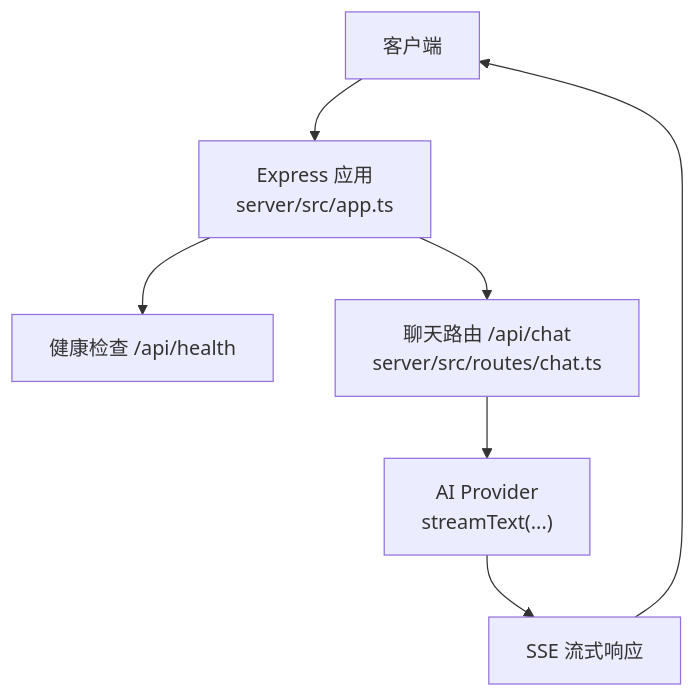
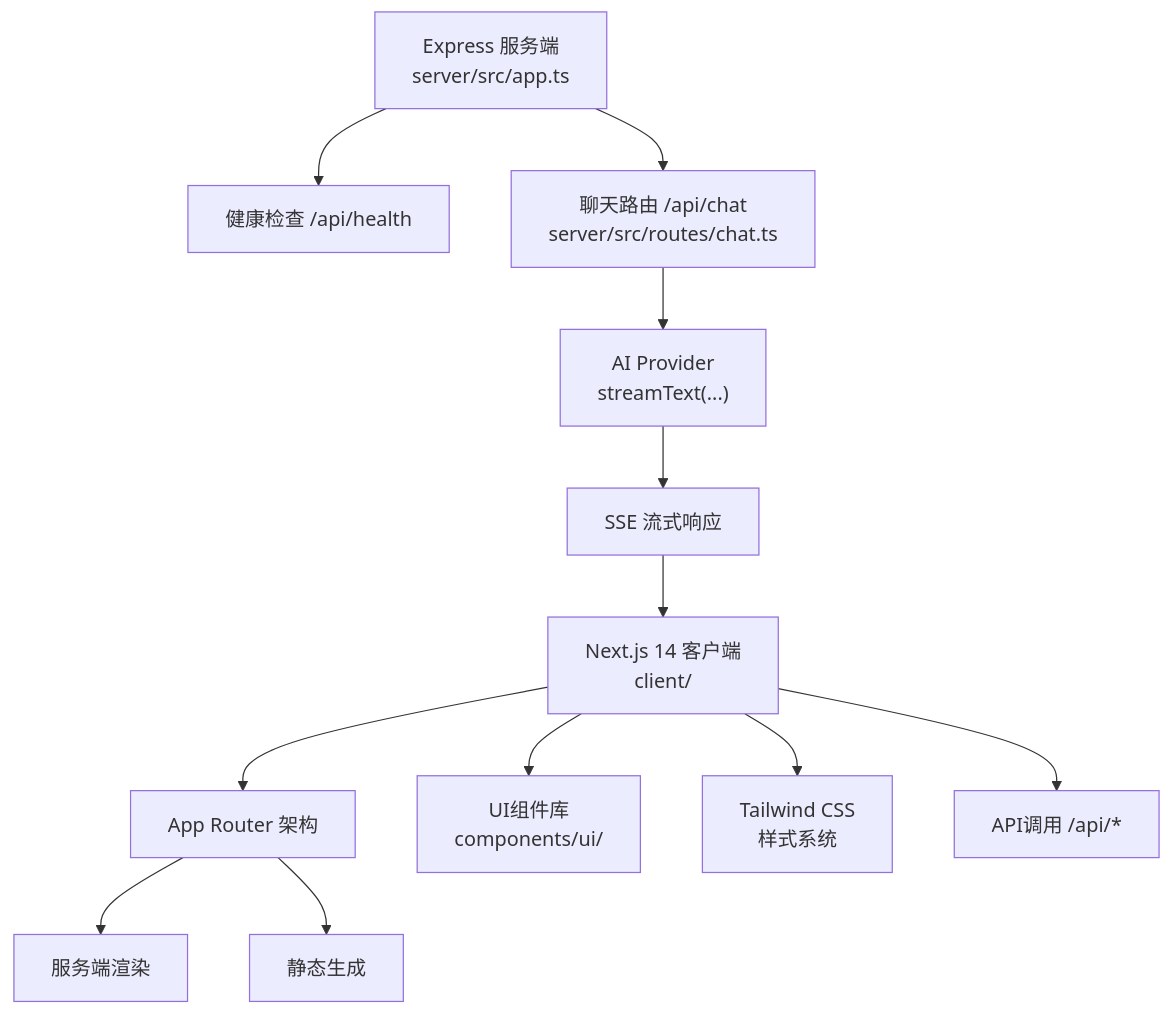
Before and after one commit to aHin0805/FH6CarSettingAgent: the second of 7 diagrams in .qoder/repowiki/zh/content/开发指南.md, drawn with Mermaid. The commit also changed other lines of this file and 12 other files, not shown here.

````diff
--- a/.qoder/repowiki/zh/content/开发指南.md
+++ b/.qoder/repowiki/zh/content/开发指南.md
@@ -94,9 +120,14 @@
 ```mermaid
 graph TB
-Client["客户端"] --> ExpressApp["Express 应用<br/>server/src/app.ts"]
-ExpressApp --> Health["健康检查 /api/health"]
-ExpressApp --> ChatRoute["聊天路由 /api/chat<br/>server/src/routes/chat.ts"]
+Client["Next.js 14 客户端<br/>client/"] --> AppRouter["App Router 架构"]
+AppRouter --> SSR["服务端渲染"]
+AppRouter --> StaticGen["静态生成"]
+Client --> UIComponents["UI组件库<br/>components/ui/"]
+Client --> TailwindCSS["Tailwind CSS<br/>样式系统"]
+Client --> API["API调用 /api/*"]
+Server["Express 服务端<br/>server/src/app.ts"] --> Health["健康检查 /api/health"]
+Server --> ChatRoute["聊天路由 /api/chat<br/>server/src/routes/chat.ts"]
 ChatRoute --> AI["AI Provider<br/>streamText(...)"]
 AI --> SSE["SSE 流式响应"]
 SSE --> Client
 ```
````
